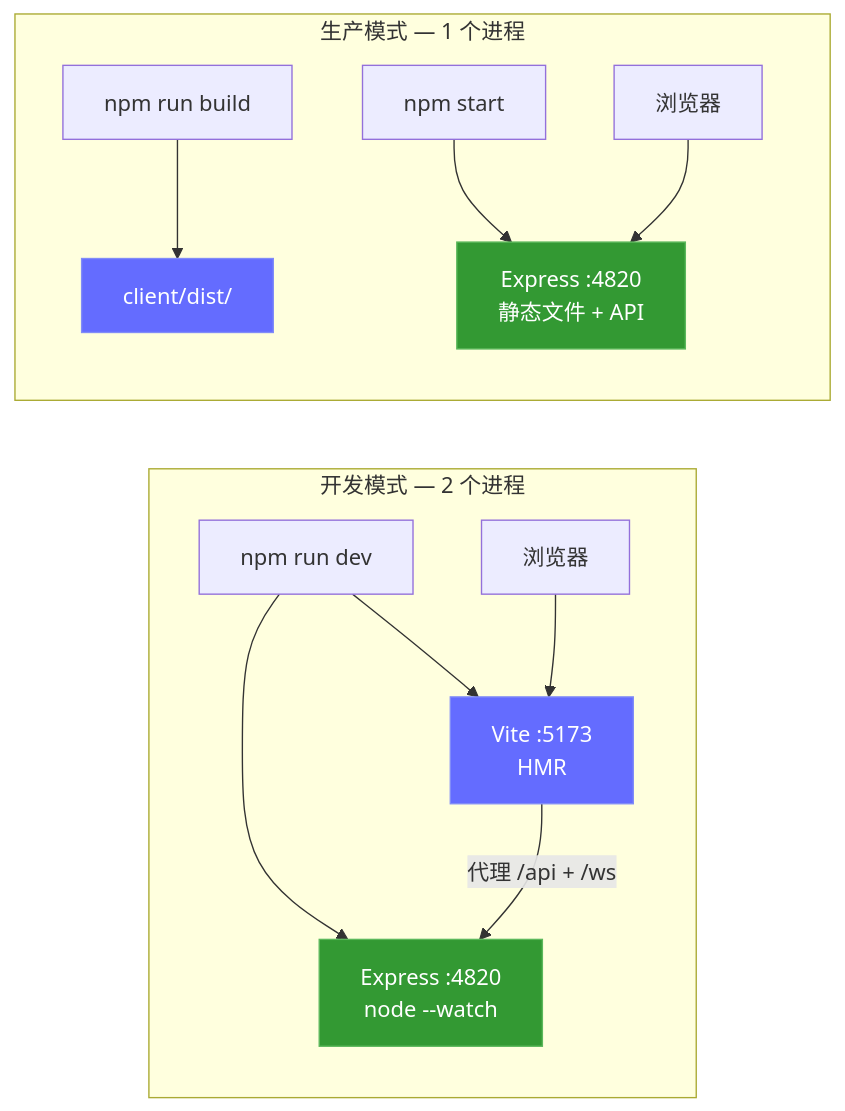
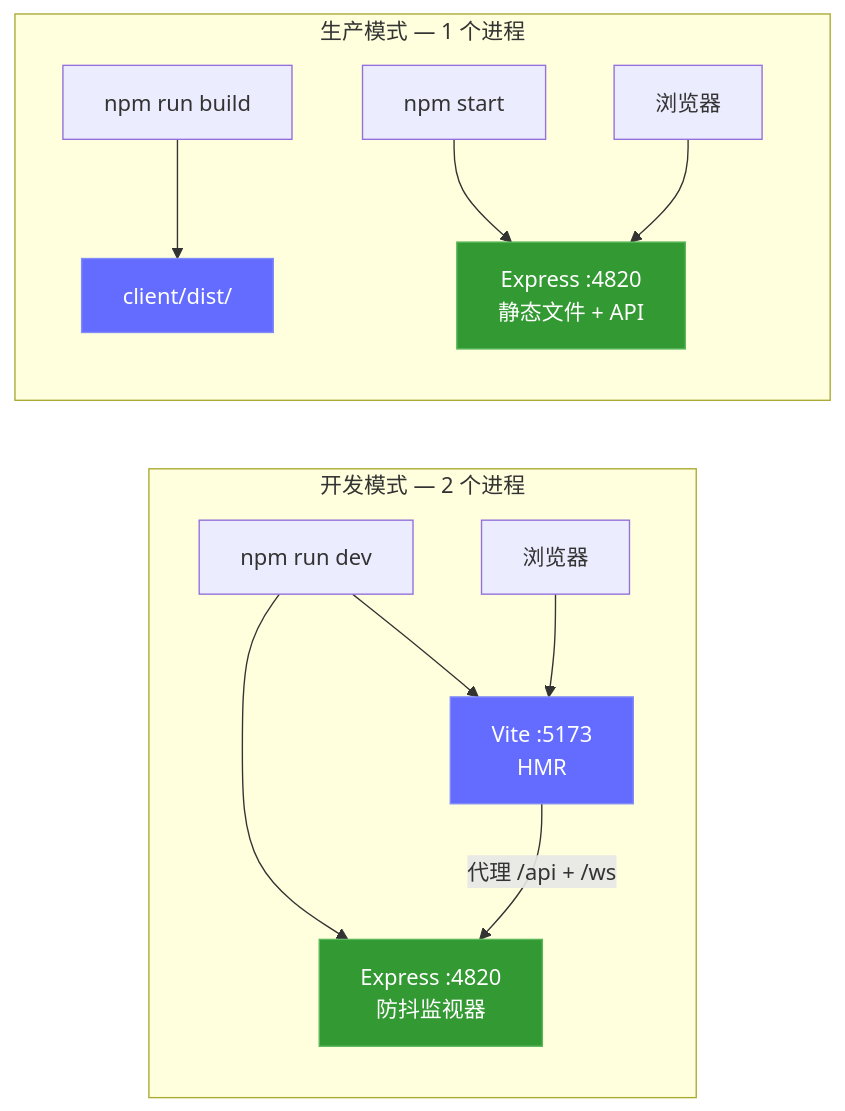
Before and after one commit to hoangsonww/Claude-Code-Agent-Monitor: diagram 21 of 22 in README-CN.md, drawn with Mermaid. The commit also changed other lines of this file and 15 other files, not shown here.

````diff
--- a/README-CN.md
+++ b/README-CN.md
@@ -2036,20 +2036,20 @@
 ```mermaid
 graph LR
     subgraph dev["开发模式 — 2 个进程"]
-        D_CMD["npm run dev"] --> D_SRV["Express :4820<br/>node --watch"]
+        D_CMD["npm run dev"] --> D_SRV["Express :4820<br/>防抖监视器"]
         D_CMD --> D_VITE["Vite :5173<br/>HMR"]
         D_BROWSER["浏览器"] --> D_VITE
         D_VITE -->|"代理 /api + /ws"| D_SRV
     end
 
     subgraph prod["生产模式 — 1 个进程"]
         P_BUILD["npm run build"] --> P_DIST["client/dist/"]
         P_START["npm start"] --> P_SRV["Express :4820<br/>静态文件 + API"]
         P_BROWSER["浏览器"] --> P_SRV
     end
 
     style D_VITE fill:#646CFF,stroke:#818cf8,color:#fff
     style D_SRV fill:#339933,stroke:#5cb85c,color:#fff
     style P_SRV fill:#339933,stroke:#5cb85c,color:#fff
     style P_DIST fill:#646CFF,stroke:#818cf8,color:#fff
 ```
````
